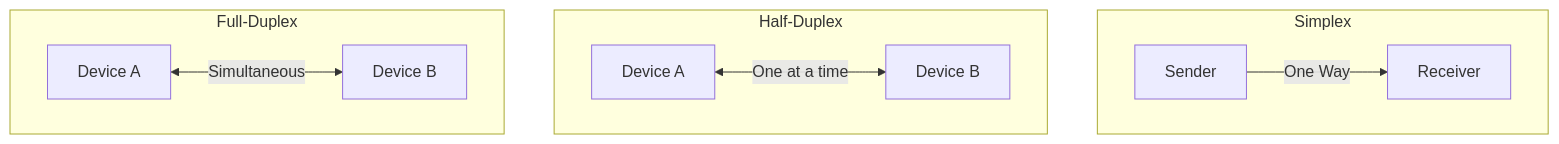
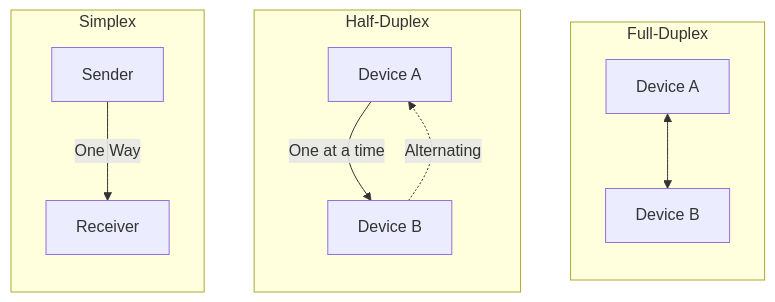
One commit to milind2k4/Notes changed the diagram in College/Computer Networks/00 Computer Networks.md. Above: the diagram before and after it, drawn with Mermaid. The commit also changed other lines of this file and 124 other files, not shown here.

````diff
--- a/College/Computer Networks/00 Computer Networks.md
+++ b/College/Computer Networks/00 Computer Networks.md
@@ -28,14 +39,19 @@
 ```mermaid
-graph TD
-    subgraph S [Simplex]
-    A1[Sender] -->|One Way| B1[Receiver]
-    end
-    
-    subgraph HD [Half-Duplex]
-    A2[Device A] <-->|One at a time| B2[Device B]
-    end
-    
-    subgraph FD [Full-Duplex]
-    A3[Device A] <-->|Simultaneous| B3[Device B]
-    end
+flowchart LR
+
+%% Invisible links position subgraphs horizontally
+S ~~~ HD ~~~ FD
+
+subgraph S [Simplex]
+    A1[Sender] -->|"One Way"| B1[Receiver]
+end
+
+subgraph HD [Half-Duplex]
+    A2[Device A] -->|One at a time| B2[Device B]
+    B2 -.->|Alternating| A2
+end
+
+subgraph FD [Full-Duplex]
+    A3[Device A] <--> B3[Device B]
+end
 ```
````
